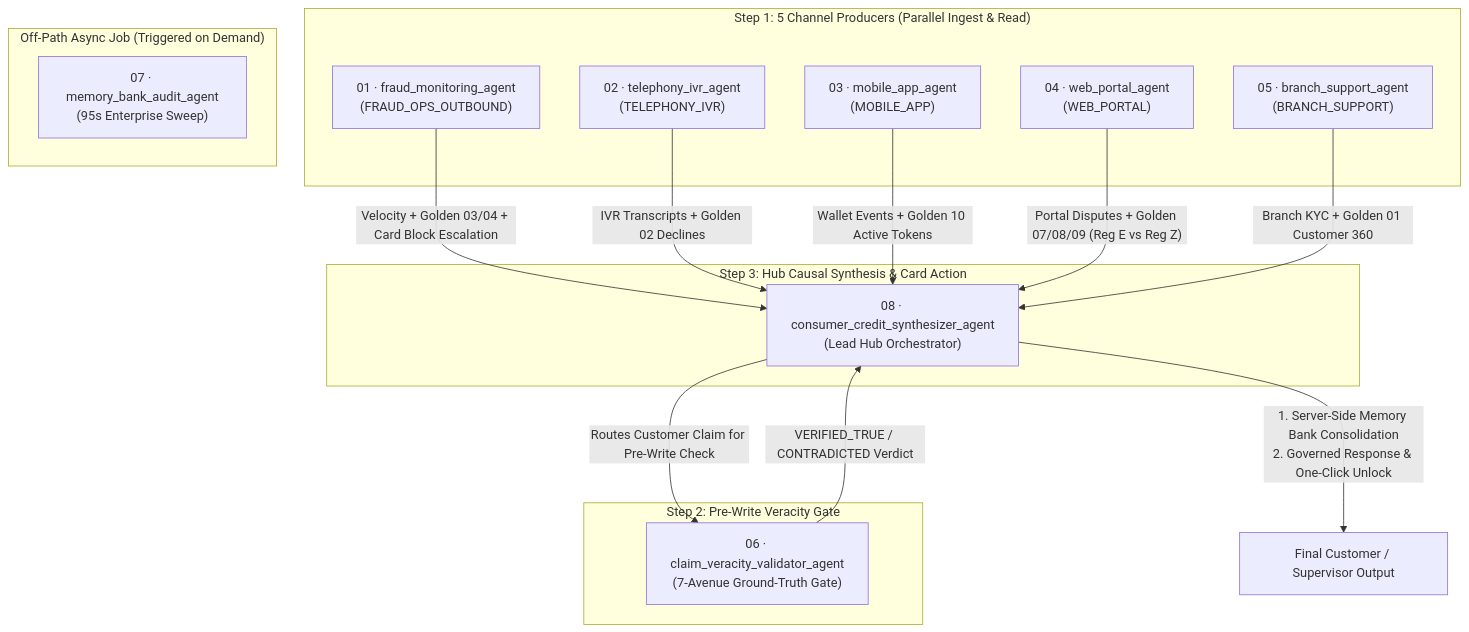
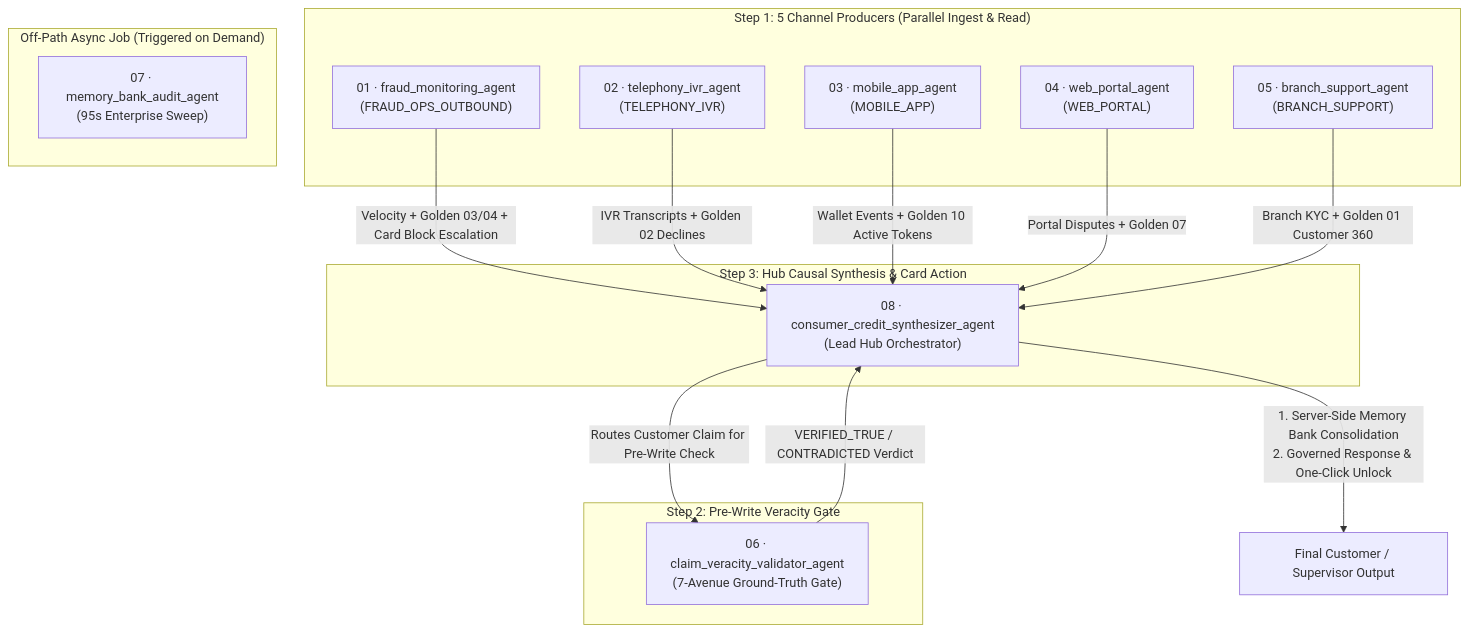
One commit to aarsanjani/jpmc-consumer-credit changed the diagram in docs/EIGHT_AGENTS_ROSTER.md. Above: the diagram before and after it, drawn with Mermaid. The commit also changed other lines of this file and 14 other files, not shown here.

````diff
--- a/docs/EIGHT_AGENTS_ROSTER.md
+++ b/docs/EIGHT_AGENTS_ROSTER.md
@@ -13,31 +13,31 @@
 ```mermaid
 flowchart TD
     subgraph P0["Step 1: 5 Channel Producers (Parallel Ingest & Read)"]
         A1["01 · fraud_monitoring_agent<br/>(FRAUD_OPS_OUTBOUND)"]
         A2["02 · telephony_ivr_agent<br/>(TELEPHONY_IVR)"]
         A3["03 · mobile_app_agent<br/>(MOBILE_APP)"]
         A4["04 · web_portal_agent<br/>(WEB_PORTAL)"]
         A5["05 · branch_support_agent<br/>(BRANCH_SUPPORT)"]
     end
 
     subgraph P1["Step 2: Pre-Write Veracity Gate"]
         A6["06 · claim_veracity_validator_agent<br/>(7-Avenue Ground-Truth Gate)"]
     end
 
     subgraph P2["Step 3: Hub Causal Synthesis & Card Action"]
         A8["08 · consumer_credit_synthesizer_agent<br/>(Lead Hub Orchestrator)"]
     end
 
     subgraph P3["Off-Path Async Job (Triggered on Demand)"]
         A7["07 · memory_bank_audit_agent<br/>(95s Enterprise Sweep)"]
     end
 
     A1 -->|"Velocity + Golden 03/04 + Card Block Escalation"| A8
     A2 -->|"IVR Transcripts + Golden 02 Declines"| A8
     A3 -->|"Wallet Events + Golden 10 Active Tokens"| A8
-    A4 -->|"Portal Disputes + Golden 07/08/09 (Reg E vs Reg Z)"| A8
+    A4 -->|"Portal Disputes + Golden 07"| A8
     A5 -->|"Branch KYC + Golden 01 Customer 360"| A8
     A8 -->|"Routes Customer Claim for Pre-Write Check"| A6
     A6 -->|"VERIFIED_TRUE / CONTRADICTED Verdict"| A8
     A8 -->|"1. Server-Side Memory Bank Consolidation<br/>2. Governed Response & One-Click Unlock"| OUT["Final Customer / Supervisor Output"]
 ```
````
